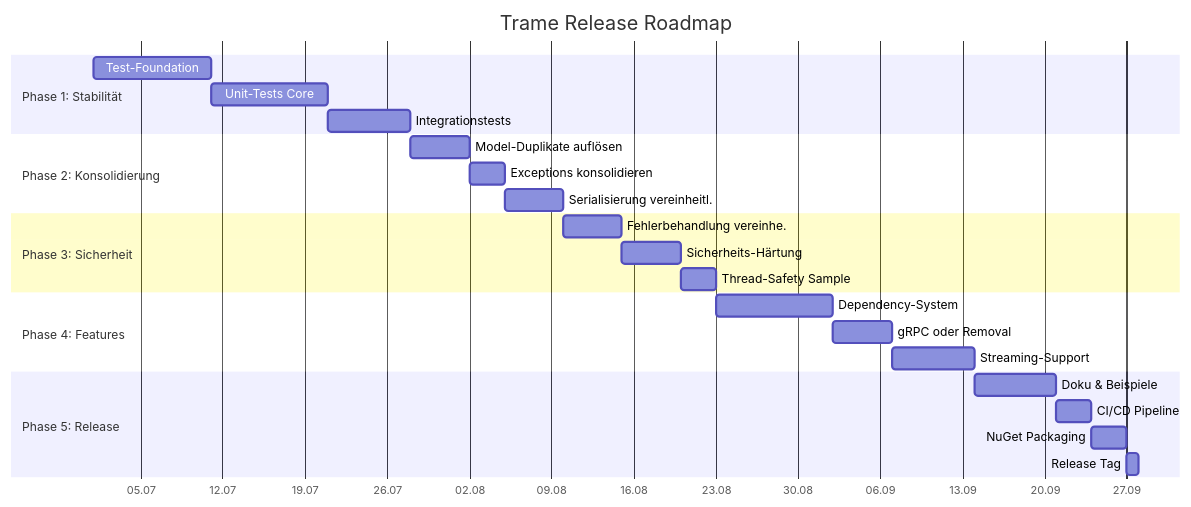
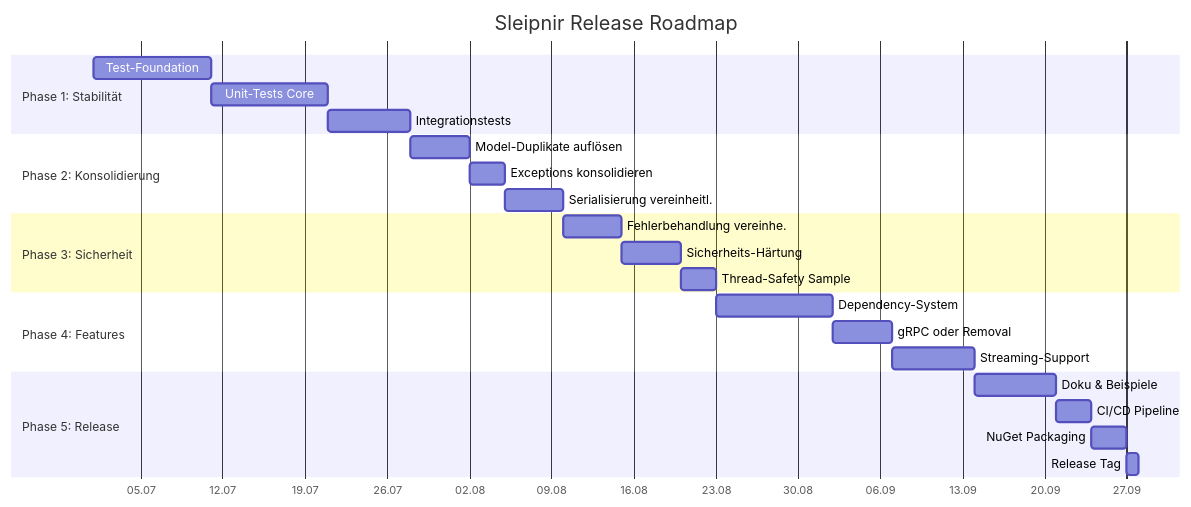
Before and after one commit to HolgerTheHuck/Sleipnir: the first of 2 diagrams in RELEASE-PLAN.md, drawn with Mermaid. The commit also changed other lines of this file and 704 other files, not shown here.

````diff
--- a/RELEASE-PLAN.md
+++ b/RELEASE-PLAN.md
@@ -11,32 +11,32 @@
 ```mermaid
 gantt
-    title Trame Release Roadmap
+    title Sleipnir Release Roadmap
     dateFormat YYYY-MM-DD
     axisFormat %d.%m
 
     section Phase 1: Stabilität
     Test-Foundation           :p1a, 2026-07-01, 10d
     Unit-Tests Core          :p1b, after p1a, 10d
     Integrationstests        :p1c, after p1b, 7d
 
     section Phase 2: Konsolidierung
     Model-Duplikate auflösen   :p2a, after p1c, 5d
     Exceptions konsolidieren  :p2b, after p2a, 3d
     Serialisierung vereinheitl. :p2c, after p2b, 5d
 
     section Phase 3: Sicherheit
     Fehlerbehandlung vereinhe. :p3a, after p2c, 5d
     Sicherheits-Härtung        :p3b, after p3a, 5d
     Thread-Safety Sample       :p3c, after p3b, 3d
 
     section Phase 4: Features
     Dependency-System          :p4a, after p3c, 10d
     gRPC oder Removal          :p4b, after p4a, 5d
     Streaming-Support          :p4c, after p4b, 7d
 
     section Phase 5: Release
     Doku & Beispiele           :p5a, after p4c, 7d
     CI/CD Pipeline             :p5b, after p5a, 3d
     NuGet Packaging            :p5c, after p5b, 3d
     Release Tag                :p5d, after p5c, 1d
 ```
````
